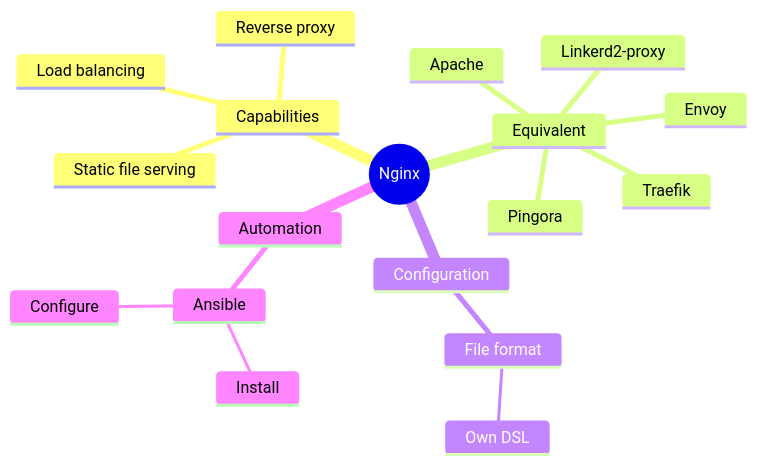
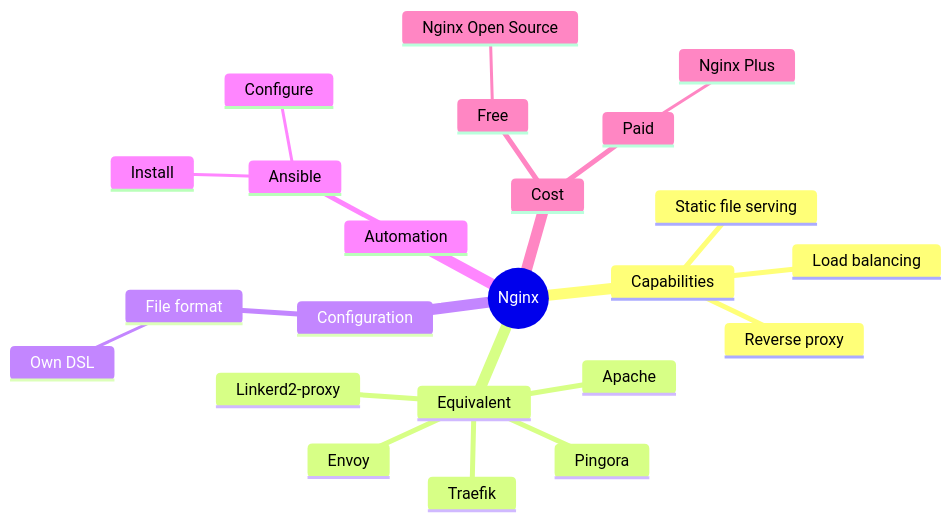
Before and after one commit to xdvarpunen/nginx-adventure: the diagram in README.md, drawn with Mermaid.

````diff
--- a/README.md
+++ b/README.md
@@ -5,21 +5,26 @@
 ```mermaid
 mindmap
   root((Nginx))
     Capabilities
       Load balancing
       Reverse proxy
       Static file serving
     Equivalent
       Apache
       Pingora
       Envoy
       Linkerd2-proxy
       Traefik
     Configuration
       File format
         Own DSL
     Automation
       Ansible
         Install
         Configure
+    Cost
+      Free
+        Nginx Open Source
+      Paid
+        Nginx Plus
 ```
````
